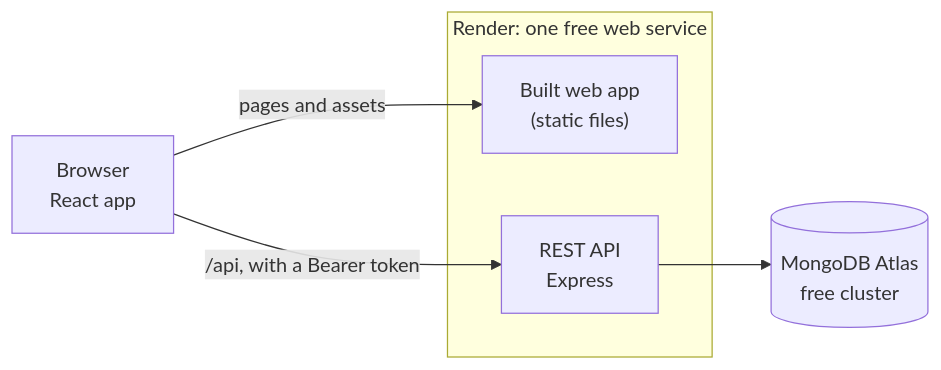
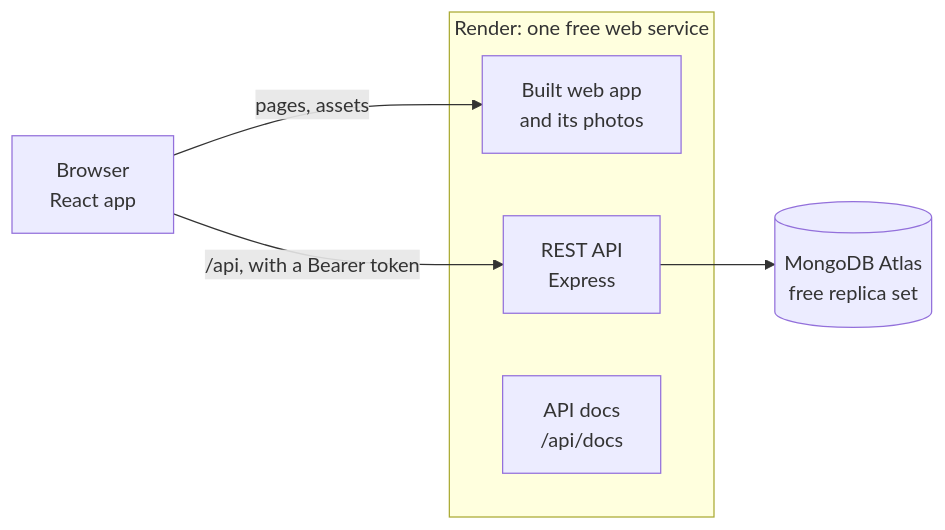
The first of 5 diagrams in docs/architecture.md (iamrs77/foodiez), drawn with Mermaid before and after one commit. The commit also changed other lines of this file and 18 other files, not shown here.

First line of the commit message:
Document the order flow, search, logging and tests, with new screenshots

````diff
--- a/docs/architecture.md
+++ b/docs/architecture.md
@@ -15,13 +15,14 @@
 ```mermaid
 flowchart LR
   browser["Browser<br/>React app"]
   subgraph render["Render: one free web service"]
-    static["Built web app<br/>(static files)"]
+    static["Built web app<br/>and its photos"]
     api["REST API<br/>Express"]
+    docs["API docs<br/>/api/docs"]
   end
-  atlas[("MongoDB Atlas<br/>free cluster")]
+  atlas[("MongoDB Atlas<br/>free replica set")]
 
-  browser -- "pages and assets" --> static
+  browser -- "pages, assets" --> static
   browser -- "/api, with a Bearer token" --> api
   api --> atlas
 ```
````
